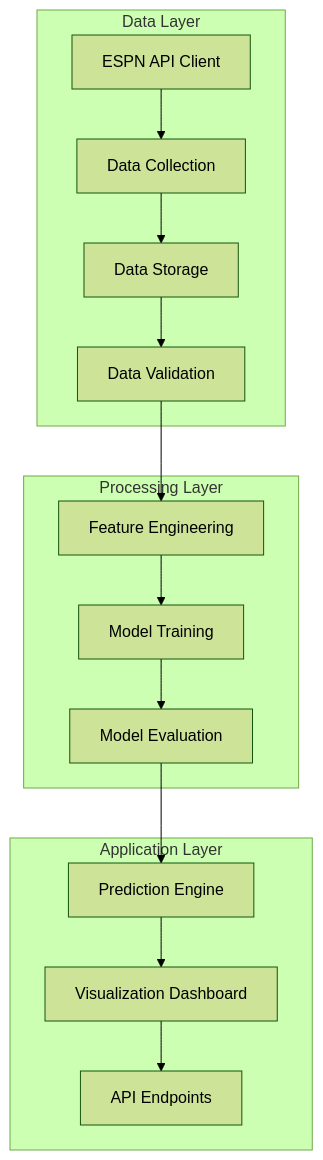
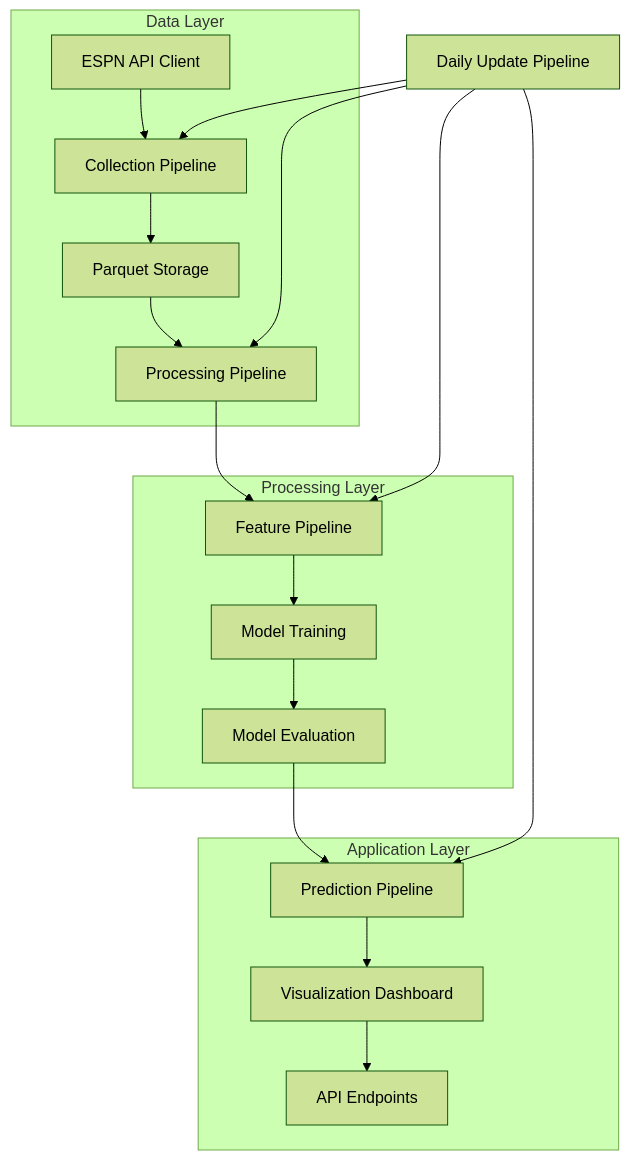
Before and after one commit to tim-mcdonnell/ncaa-prediction-model: the diagram in docs/overview/architecture.md, drawn with Mermaid (forest theme). The commit also changed other lines of this file and 55 other files, not shown here.

````diff
--- a/docs/overview/architecture.md
+++ b/docs/overview/architecture.md
@@ -7,20 +7,25 @@
 ```mermaid
 graph TD
     subgraph Data Layer
-        A[ESPN API Client] --> B[Data Collection]
-        B --> C[Data Storage]
-        C --> D[Data Validation]
+        A[ESPN API Client] --> B[Collection Pipeline]
+        B --> C[Parquet Storage]
+        C --> D[Processing Pipeline]
     end
     
     subgraph Processing Layer
-        D --> E[Feature Engineering]
+        D --> E[Feature Pipeline]
         E --> F[Model Training]
         F --> G[Model Evaluation]
     end
     
     subgraph Application Layer
-        G --> H[Prediction Engine]
+        G --> H[Prediction Pipeline]
         H --> I[Visualization Dashboard]
         I --> J[API Endpoints]
     end
+
+    K[Daily Update Pipeline] --> B
+    K --> D
+    K --> E
+    K --> H
 ```
````
